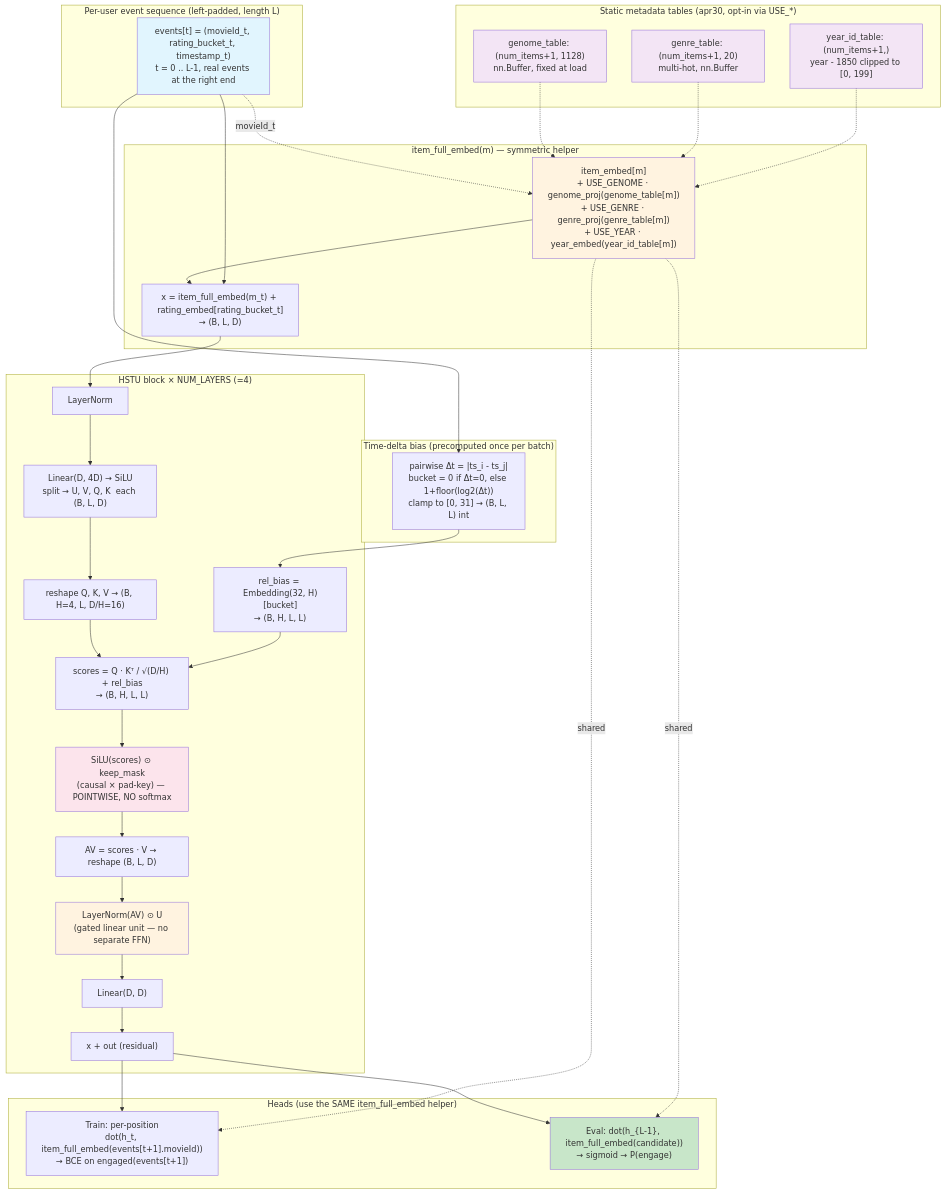
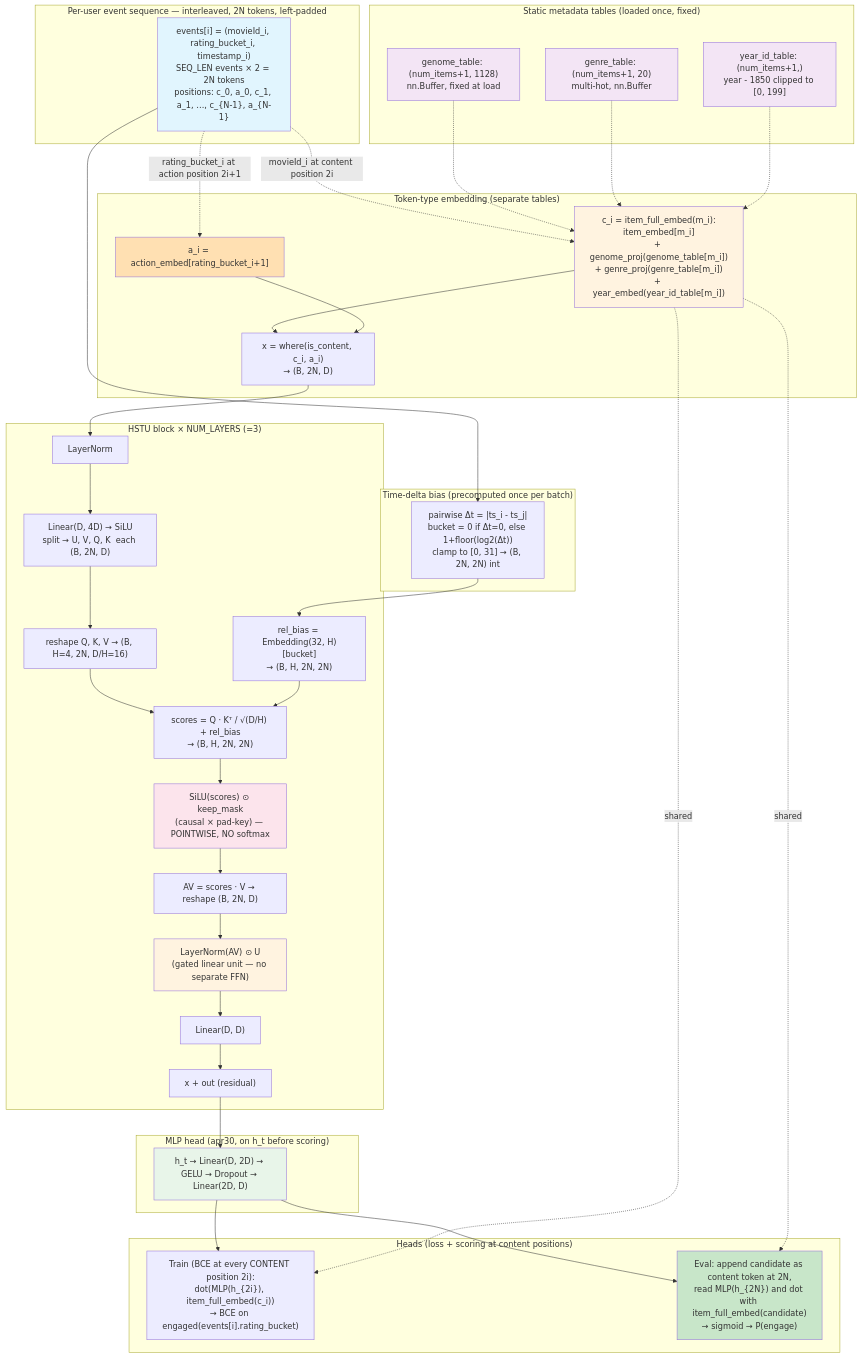
The diagram in README.md (thuningxu/movielens), drawn with Mermaid before and after one commit. The commit also changed other lines of this file and 2 other files, not shown here.

First paragraph of the commit message:
Flip train.py defaults to apr30 operational best + update diagram
User asked: "default should be the best configuration."

````diff
--- a/README.md
+++ b/README.md
@@ -45,55 +47,62 @@
 ```mermaid
 graph TD
-    subgraph "Per-user event sequence (left-padded, length L)"
-        EV["events[t] = (movieId_t, rating_bucket_t, timestamp_t)<br/>t = 0 .. L-1, real events at the right end"]
+    subgraph "Per-user event sequence — interleaved, 2N tokens, left-padded"
+        EV["events[i] = (movieId_i, rating_bucket_i, timestamp_i)<br/>SEQ_LEN events × 2 = 2N tokens<br/>positions: c_0, a_0, c_1, a_1, …, c_{N-1}, a_{N-1}"]
     end
 
-    subgraph "Static metadata tables (apr30, opt-in via USE_*)"
+    subgraph "Static metadata tables (loaded once, fixed)"
         GMT["genome_table: (num_items+1, 1128)<br/>nn.Buffer, fixed at load"]
         GRT["genre_table: (num_items+1, 20)<br/>multi-hot, nn.Buffer"]
         YRT["year_id_table: (num_items+1,)<br/>year - 1850 clipped to [0, 199]"]
     end
 
-    subgraph "item_full_embed(m) — symmetric helper"
-        EV -.->|"movieId_t"| IFE["item_embed[m]<br/>+ USE_GENOME · genome_proj(genome_table[m])<br/>+ USE_GENRE · genre_proj(genre_table[m])<br/>+ USE_YEAR · year_embed(year_id_table[m])"]
+    subgraph "Token-type embedding (separate tables)"
+        EV -.->|"movieId_i at content position 2i"| IFE["c_i = item_full_embed(m_i):<br/>item_embed[m_i]<br/>+ genome_proj(genome_table[m_i])<br/>+ genre_proj(genre_table[m_i])<br/>+ year_embed(year_id_table[m_i])"]
         GMT -.-> IFE
         GRT -.-> IFE
         YRT -.-> IFE
-        IFE --> IE["x = item_full_embed(m_t) + rating_embed[rating_bucket_t]<br/>→ (B, L, D)"]
-        EV --> IE
+        EV -.->|"rating_bucket_i at action position 2i+1"| AE["a_i = action_embed[rating_bucket_i+1]"]
+        IFE --> X["x = where(is_content, c_i, a_i)<br/>→ (B, 2N, D)"]
+        AE --> X
     end
 
     subgraph "Time-delta bias (precomputed once per batch)"
-        EV --> TD["pairwise Δt = |ts_i - ts_j|<br/>bucket = 0 if Δt=0, else 1+floor(log2(Δt))<br/>clamp to [0, 31] → (B, L, L) int"]
+        EV --> TD["pairwise Δt = |ts_i - ts_j|<br/>bucket = 0 if Δt=0, else 1+floor(log2(Δt))<br/>clamp to [0, 31] → (B, 2N, 2N) int"]
     end
 
-    subgraph "HSTU block × NUM_LAYERS (=4)"
-        IE --> LN1["LayerNorm"]
-        LN1 --> UVQK["Linear(D, 4D) → SiLU<br/>split → U, V, Q, K  each (B, L, D)"]
-        UVQK --> MH["reshape Q, K, V → (B, H=4, L, D/H=16)"]
-        TD --> RB["rel_bias = Embedding(32, H)[bucket]<br/>→ (B, H, L, L)"]
-        MH --> SCORE["scores = Q · Kᵀ / √(D/H) + rel_bias<br/>→ (B, H, L, L)"]
+    subgraph "HSTU block × NUM_LAYERS (=3)"
+        X --> LN1["LayerNorm"]
+        LN1 --> UVQK["Linear(D, 4D) → SiLU<br/>split → U, V, Q, K  each (B, 2N, D)"]
+        UVQK --> MH["reshape Q, K, V → (B, H=4, 2N, D/H=16)"]
+        TD --> RB["rel_bias = Embedding(32, H)[bucket]<br/>→ (B, H, 2N, 2N)"]
+        MH --> SCORE["scores = Q · Kᵀ / √(D/H) + rel_bias<br/>→ (B, H, 2N, 2N)"]
         RB --> SCORE
         SCORE --> POINT["SiLU(scores) ⊙ keep_mask<br/>(causal × pad-key) — POINTWISE, NO softmax"]
-        POINT --> AV["AV = scores · V → reshape (B, L, D)"]
+        POINT --> AV["AV = scores · V → reshape (B, 2N, D)"]
         AV --> GLU["LayerNorm(AV) ⊙ U<br/>(gated linear unit — no separate FFN)"]
         GLU --> WO["Linear(D, D)"]
         WO --> RES["x + out (residual)"]
     end
 
-    subgraph "Heads (use the SAME item_full_embed helper)"
-        RES --> TRH["Train: per-position<br/>dot(h_t, item_full_embed(events[t+1].movieId))<br/>→ BCE on engaged(events[t+1])"]
-        RES --> EVH["Eval: dot(h_{L-1}, item_full_embed(candidate))<br/>→ sigmoid → P(engage)"]
+    subgraph "MLP head (apr30, on h_t before scoring)"
+        RES --> MLP["h_t → Linear(D, 2D) → GELU → Dropout → Linear(2D, D)"]
+    end
+
+    subgraph "Heads (loss + scoring at content positions)"
+        MLP --> TRH["Train (BCE at every CONTENT position 2i):<br/>dot(MLP(h_{2i}), item_full_embed(c_i))<br/>→ BCE on engaged(events[i].rating_bucket)"]
+        MLP --> EVH["Eval: append candidate as content token at 2N,<br/>read MLP(h_{2N}) and dot with item_full_embed(candidate)<br/>→ sigmoid → P(engage)"]
         IFE -.->|"shared"| TRH
         IFE -.->|"shared"| EVH
     end
 
     style EV fill:#e1f5fe
     style IFE fill:#fff3e0
+    style AE fill:#ffe0b2
     style POINT fill:#fce4ec
     style GLU fill:#fff3e0
+    style MLP fill:#e8f5e9
     style EVH fill:#c8e6c9
     style GMT fill:#f3e5f5
     style GRT fill:#f3e5f5
     style YRT fill:#f3e5f5
 ```
````
